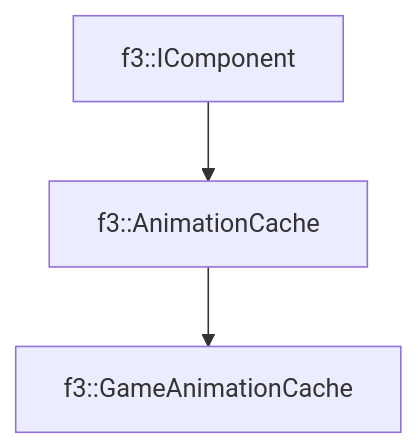
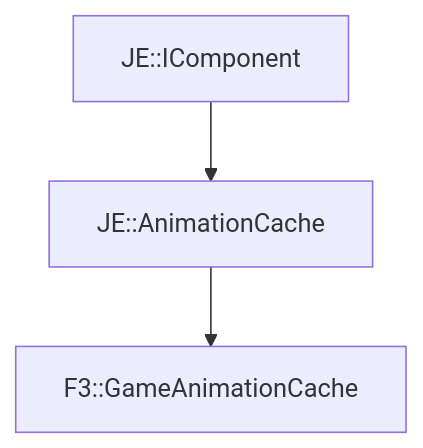
One commit to OpenJE/openvb changed the diagram in docs/f3/GameAnimationCache.md. Above: the diagram before and after it, drawn with Mermaid. The commit also changed other lines of this file and 1399 other files, not shown here.

````diff
--- a/docs/f3/GameAnimationCache.md
+++ b/docs/f3/GameAnimationCache.md
@@ -17,5 +17,5 @@
 ```mermaid
 graph TD;
-    f3::IComponent --> f3::AnimationCache
-    f3::AnimationCache --> f3::GameAnimationCache
+    JE::IComponent --> JE::AnimationCache
+    JE::AnimationCache --> F3::GameAnimationCache
 ```
````
